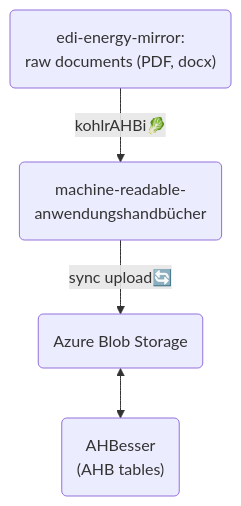
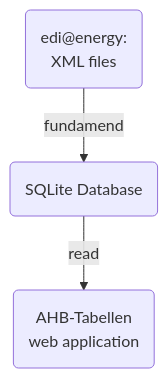
Before and after one commit to Hochfrequenz/ahbesser: the diagram in README.md, drawn with Mermaid. The commit also changed other lines of this file and 12 other files, not shown here.

First line of the commit message:
chore(rename-project): Rename To AHB Tabellen (#579)

````diff
--- a/README.md
+++ b/README.md
@@ -17,9 +25,7 @@
 ```mermaid
 flowchart TD
-    A("edi-energy-mirror:
-    raw documents (PDF, docx)") -->|kohlrAHBi🥬| B("machine-readable-
-    anwendungshandbücher")
-    B -->|sync upload🔄| C("Azure Blob Storage")
-    C <--> D("AHBesser
-    (AHB tables)")
+    A("edi@energy:
+    XML files") -->|fundamend| B("SQLite Database")
+    B -->|read| C("AHB-Tabellen
+    web application")
 ```
````
